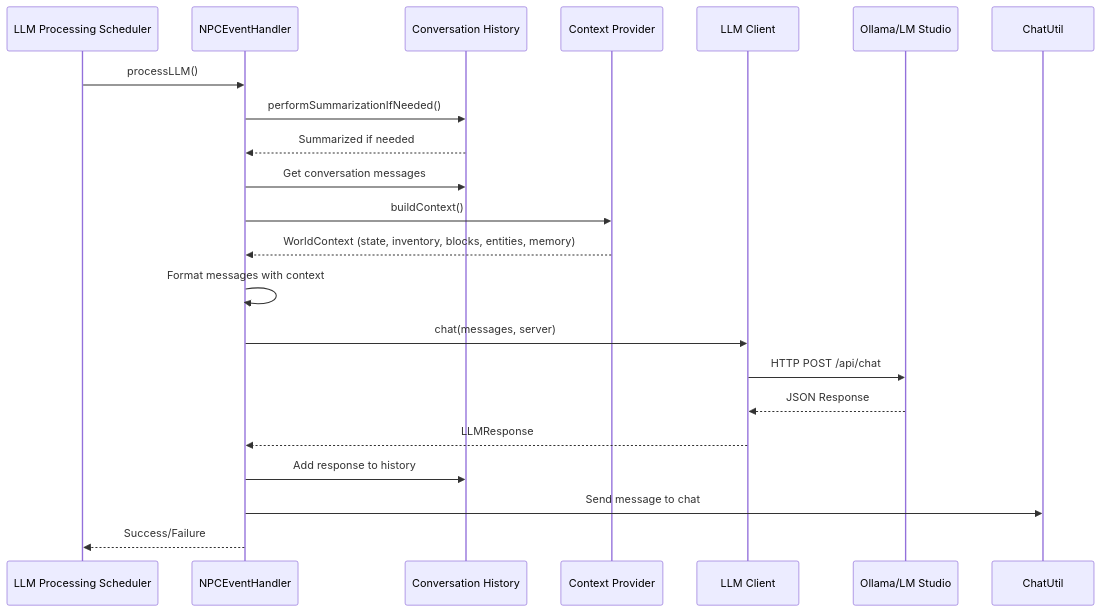
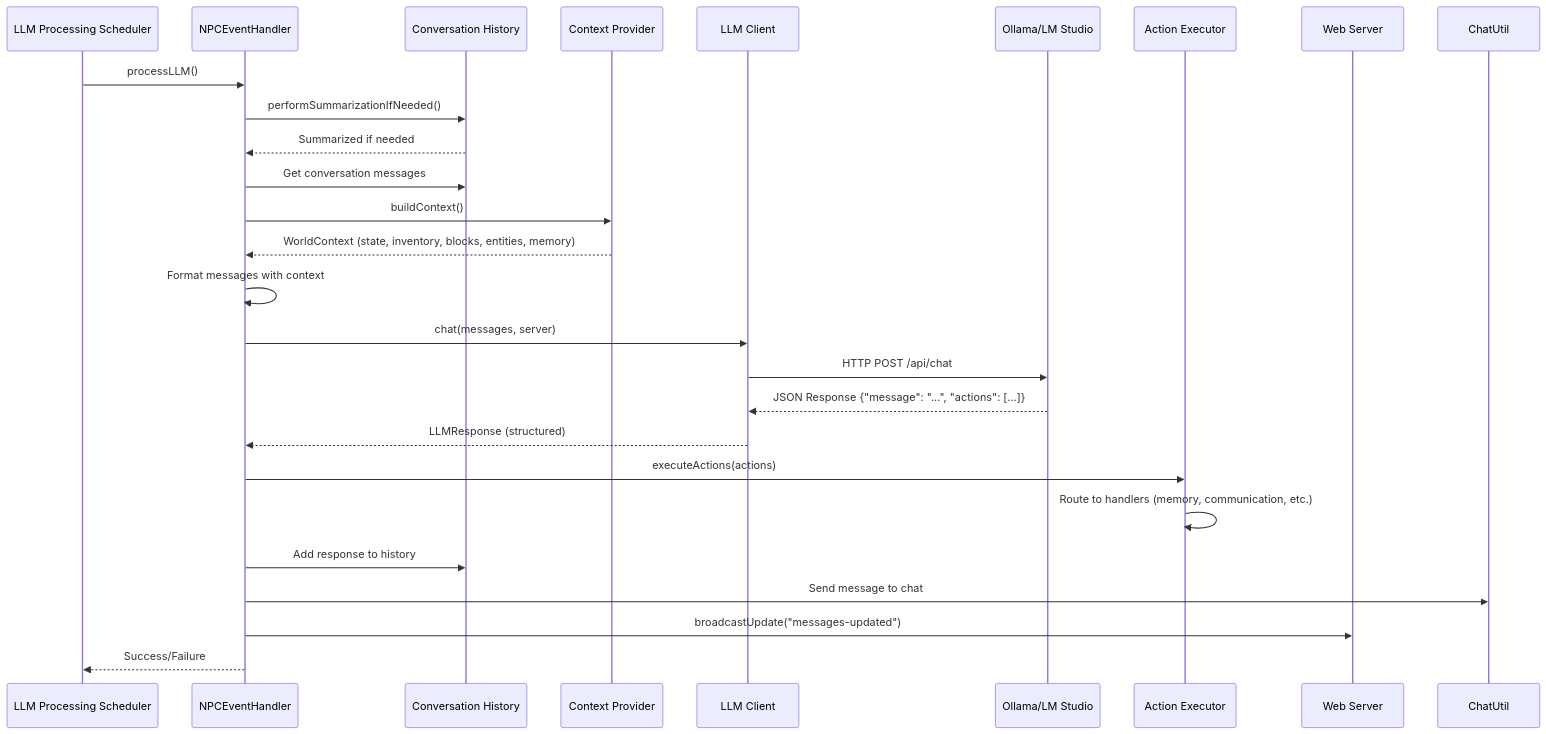
The fourth of 9 diagrams in README.md (prskid1000/CraftAgent), drawn with Mermaid before and after one commit. The commit also changed other lines of this file and 8 other files, not shown here.

````diff
--- a/README.md
+++ b/README.md
@@ -265,24 +275,29 @@
 ```mermaid
 sequenceDiagram
     participant Scheduler as LLM Processing Scheduler
     participant EventHandler as NPCEventHandler
     participant History as Conversation History
     participant Context as Context Provider
     participant LLM as LLM Client
     participant Ollama as Ollama/LM Studio
+    participant ActionExecutor as Action Executor
+    participant WebServer as Web Server
     
     Scheduler->>EventHandler: processLLM()
     EventHandler->>History: performSummarizationIfNeeded()
     History-->>EventHandler: Summarized if needed
     EventHandler->>History: Get conversation messages
     EventHandler->>Context: buildContext()
     Context-->>EventHandler: WorldContext (state, inventory, blocks, entities, memory)
     EventHandler->>EventHandler: Format messages with context
     EventHandler->>LLM: chat(messages, server)
     LLM->>Ollama: HTTP POST /api/chat
-    Ollama-->>LLM: JSON Response
-    LLM-->>EventHandler: LLMResponse
+    Ollama-->>LLM: JSON Response {"message": "...", "actions": [...]}
+    LLM-->>EventHandler: LLMResponse (structured)
+    EventHandler->>ActionExecutor: executeActions(actions)
+    ActionExecutor->>ActionExecutor: Route to handlers (memory, communication, etc.)
     EventHandler->>History: Add response to history
     EventHandler->>ChatUtil: Send message to chat
+    EventHandler->>WebServer: broadcastUpdate("messages-updated")
     EventHandler-->>Scheduler: Success/Failure
 ```
````
